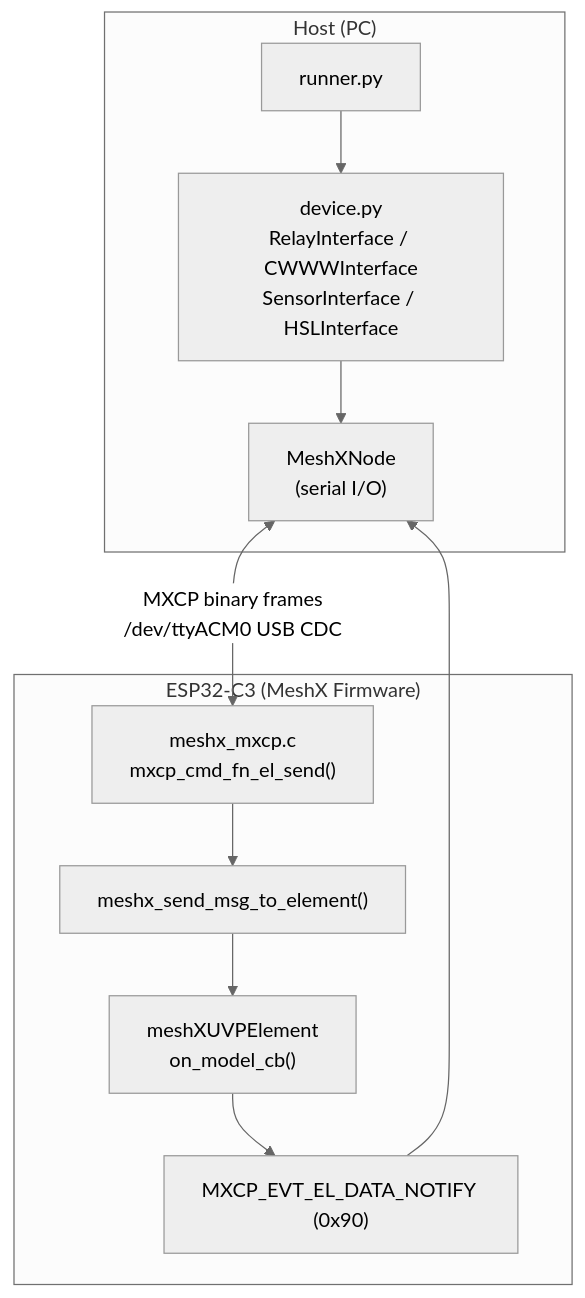
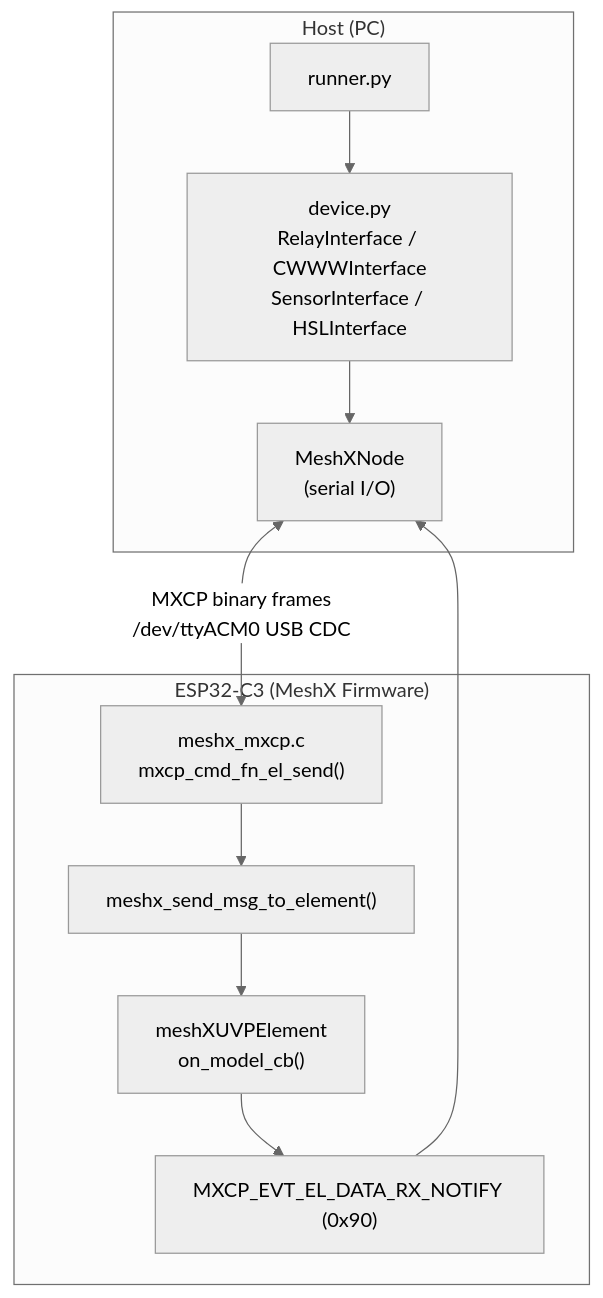
Before and after one commit to pranjalchanda08/MeshX: the diagram in docs/arch_diag/trm/17_logical_models_testing.md, drawn with Mermaid (neutral theme). The commit also changed 31 other files, not shown here.

````diff
--- a/docs/arch_diag/trm/17_logical_models_testing.md
+++ b/docs/arch_diag/trm/17_logical_models_testing.md
@@ -15,23 +15,23 @@
 ```mermaid
 graph TD
     subgraph Host ["Host (PC)"]
         Runner["runner.py"]
         Dev["device.py\nRelayInterface / CWWWInterface\nSensorInterface / HSLInterface"]
         Node["MeshXNode\n(serial I/O)"]
     end
 
     subgraph Firmware ["ESP32-C3 (MeshX Firmware)"]
         MXCP["meshx_mxcp.c\nmxcp_cmd_fn_el_send()"]
         API["meshx_send_msg_to_element()"]
         El["meshXUVPElement\non_model_cb()"]
-        EVT["MXCP_EVT_EL_DATA_NOTIFY (0x90)"]
+        EVT["MXCP_EVT_EL_DATA_RX_NOTIFY (0x90)"]
     end
 
     Runner --> Dev
     Dev --> Node
     Node <-->|"MXCP binary frames\n/dev/ttyACM0 USB CDC"| MXCP
     MXCP --> API
     API --> El
     El --> EVT
     EVT --> Node
 ```
````
